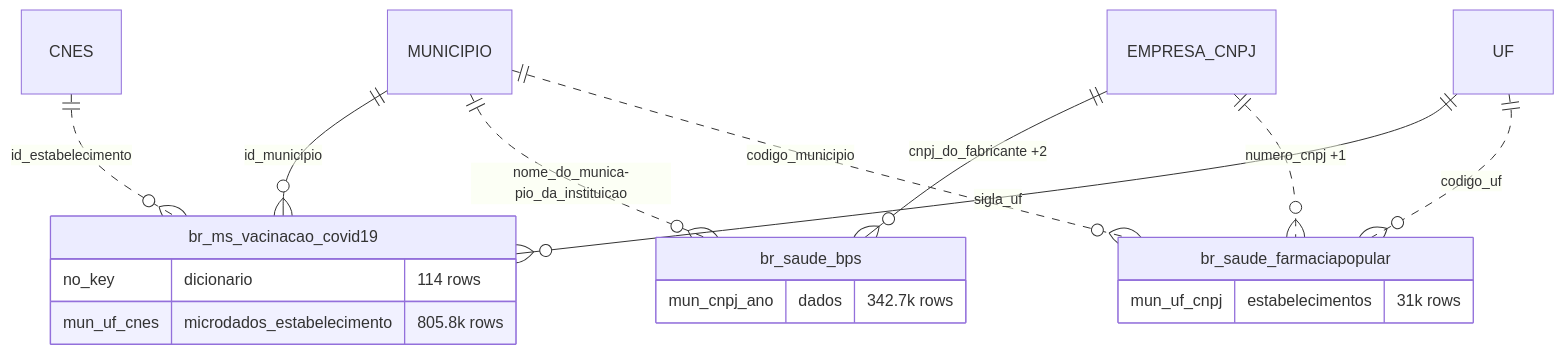
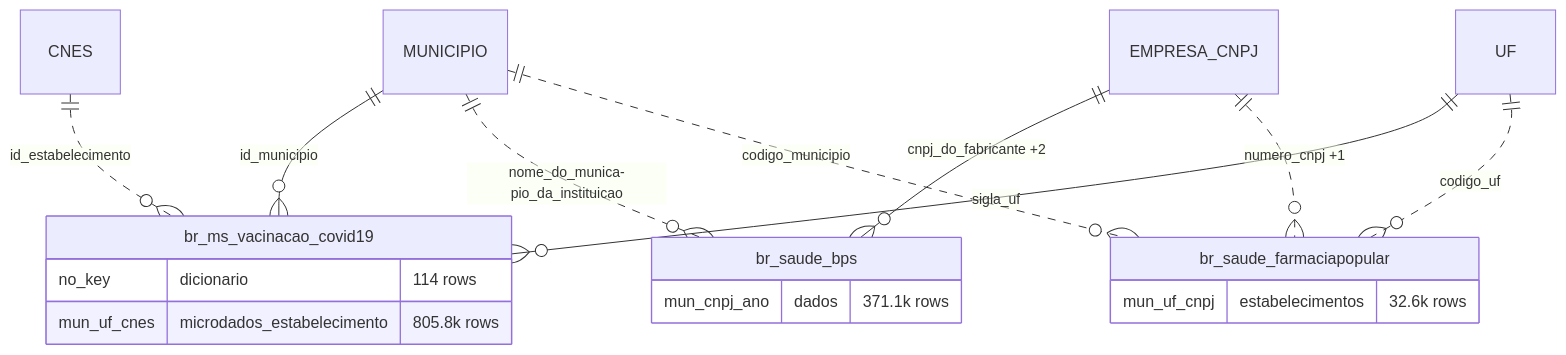
Before and after one commit to rafapolo/rodado: the fifth of 29 diagrams in docs/mapa/ERD_EN.md, drawn with Mermaid. The commit also changed other lines of this file and 16 other files, not shown here.

````diff
--- a/docs/mapa/ERD_EN.md
+++ b/docs/mapa/ERD_EN.md
@@ -405,21 +433,21 @@
 ```mermaid
 erDiagram
     CNES ||..o{ br_ms_vacinacao_covid19 : "id_estabelecimento"
     MUNICIPIO ||--o{ br_ms_vacinacao_covid19 : "id_municipio"
     UF ||--o{ br_ms_vacinacao_covid19 : "sigla_uf"
     EMPRESA_CNPJ ||--o{ br_saude_bps : "cnpj_do_fabricante +2"
     MUNICIPIO ||..o{ br_saude_bps : "nome_do_munica­pio_da_instituicao"
     EMPRESA_CNPJ ||..o{ br_saude_farmaciapopular : "numero_cnpj +1"
     MUNICIPIO ||..o{ br_saude_farmaciapopular : "codigo_municipio"
     UF ||..o{ br_saude_farmaciapopular : "codigo_uf"
     br_ms_vacinacao_covid19 {
         no_key dicionario "114 rows"
         mun_uf_cnes microdados_estabelecimento "805.8k rows"
     }
     br_saude_bps {
-        mun_cnpj_ano dados "342.7k rows"
+        mun_cnpj_ano dados "371.1k rows"
     }
     br_saude_farmaciapopular {
-        mun_uf_cnpj estabelecimentos "31k rows"
+        mun_uf_cnpj estabelecimentos "32.6k rows"
     }
 ```
````
